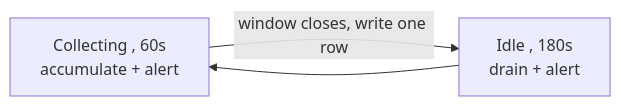
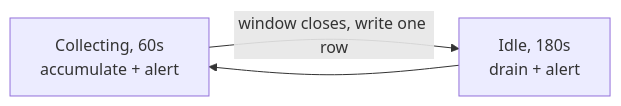
One commit to Sergiu-bmf/AirQualityV2 changed the diagram in docs/pipeline.md. Above: the diagram before and after it, drawn with Mermaid. The commit also changed other lines of this file and 37 other files, not shown here.

````diff
--- a/docs/pipeline.md
+++ b/docs/pipeline.md
@@ -47,5 +47,5 @@
 ```mermaid
 flowchart LR
-    C["Collecting , 60s<br/>accumulate + alert"] -->|"window closes, write one row"| I["Idle , 180s<br/>drain + alert"]
+    C["Collecting, 60s<br/>accumulate + alert"] -->|"window closes, write one row"| I["Idle, 180s<br/>drain + alert"]
     I --> C
 ```
````
